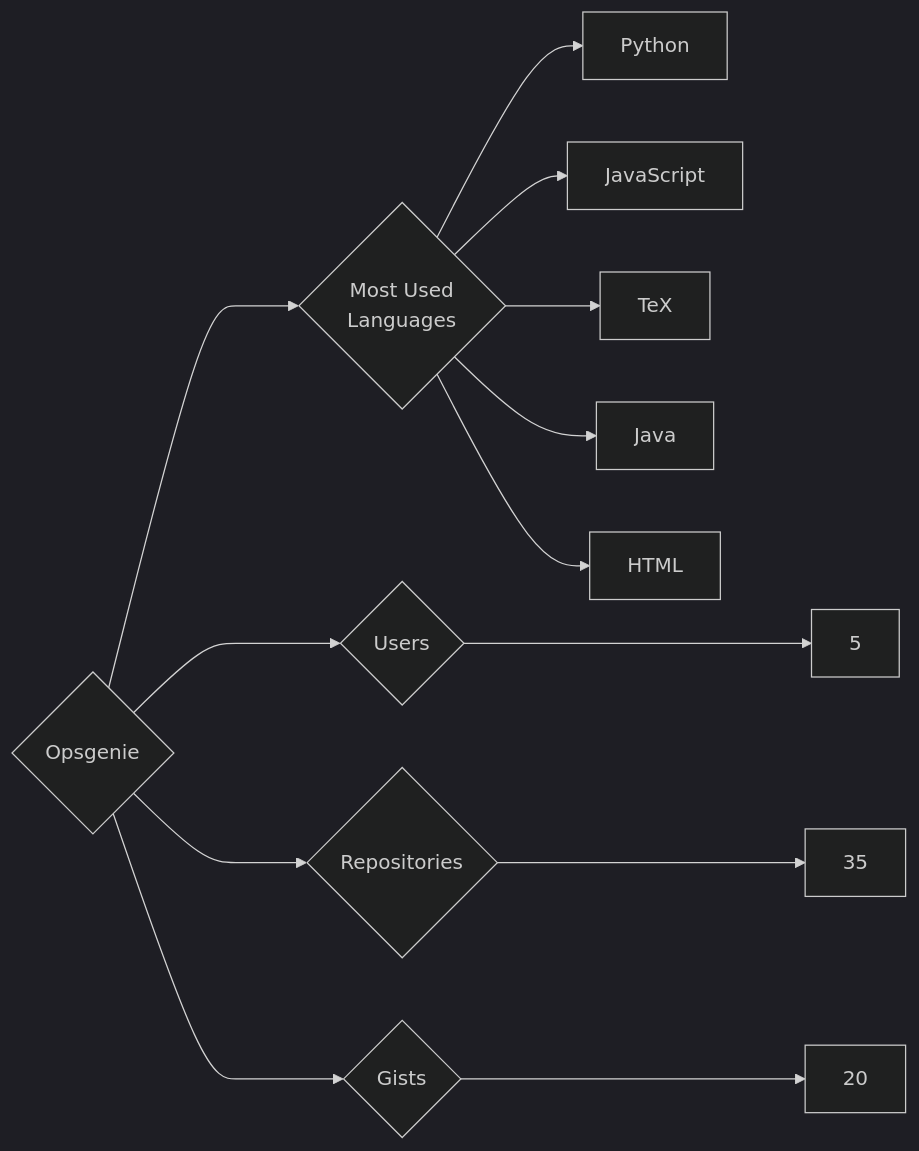
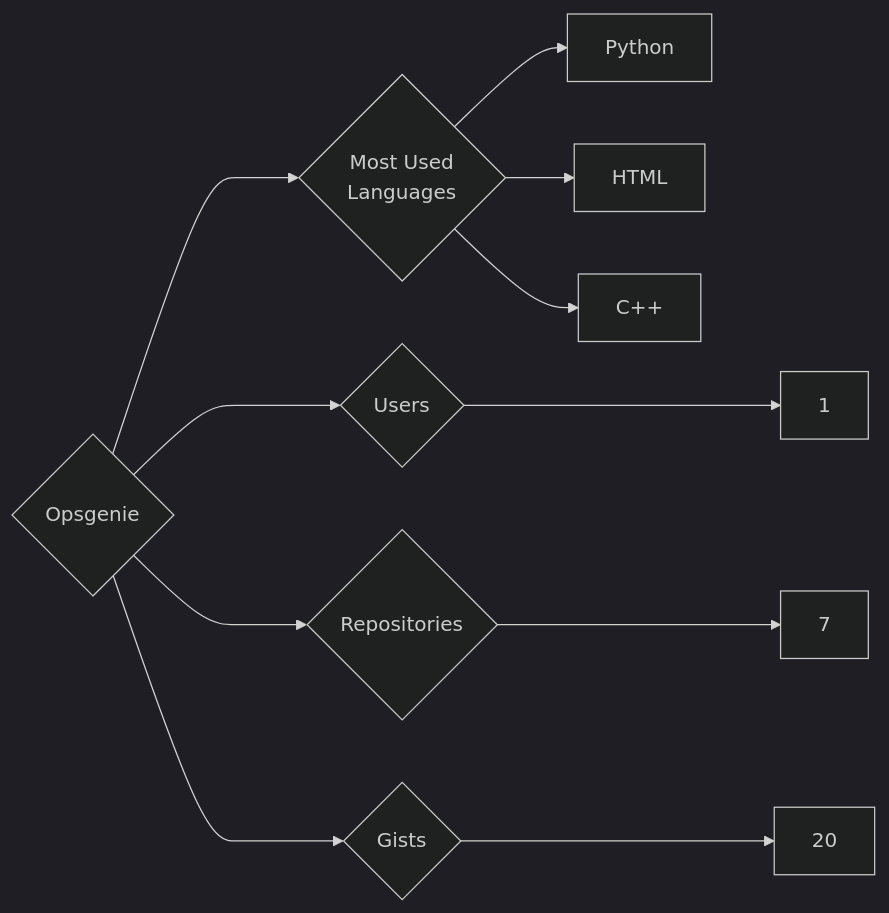
Before and after one commit to trickest/insiders: the diagram in targets/Opsgenie/README.md, drawn with Mermaid (dark theme). The commit also changed 770 other files, not shown here.

````diff
--- a/targets/Opsgenie/README.md
+++ b/targets/Opsgenie/README.md
@@ -3,13 +3,11 @@
 ```mermaid
 graph LR
 COMPANY_NAME{Opsgenie}
-COMPANY_NAME ---> U{Users} ---> UN[5]
-COMPANY_NAME ---> R{Repositories} ---> RN[35]
+COMPANY_NAME ---> U{Users} ---> UN[1]
+COMPANY_NAME ---> R{Repositories} ---> RN[7]
 COMPANY_NAME ---> G{Gists} ---> GN[20]
 COMPANY_NAME ---> ML{Most Used<br>Languages}
 ML --> Python[Python]
-ML --> JavaScript[JavaScript]
-ML --> TeX[TeX]
-ML --> Java[Java]
 ML --> HTML[HTML]
+ML --> C++[C++]
 ```
````
